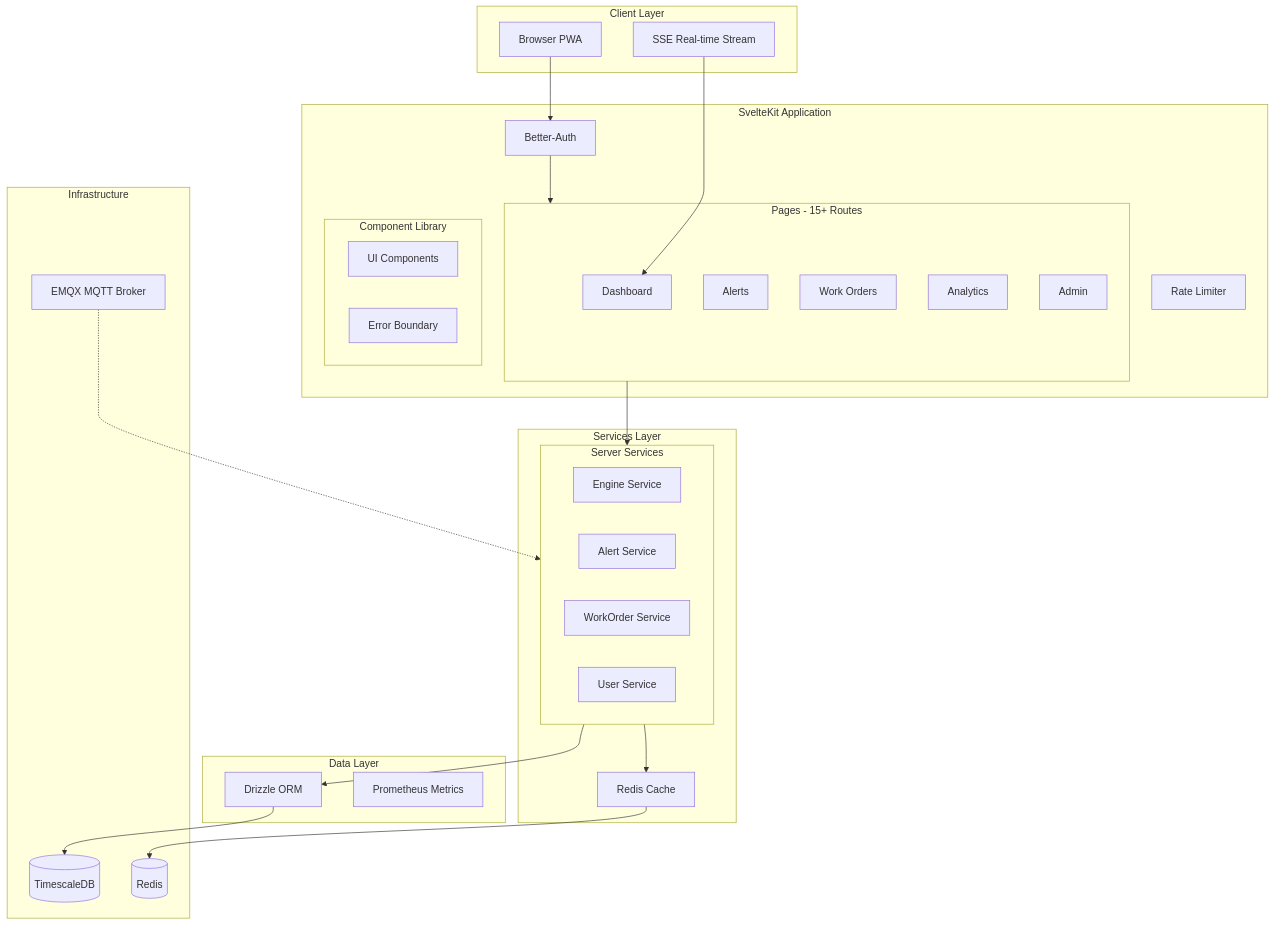
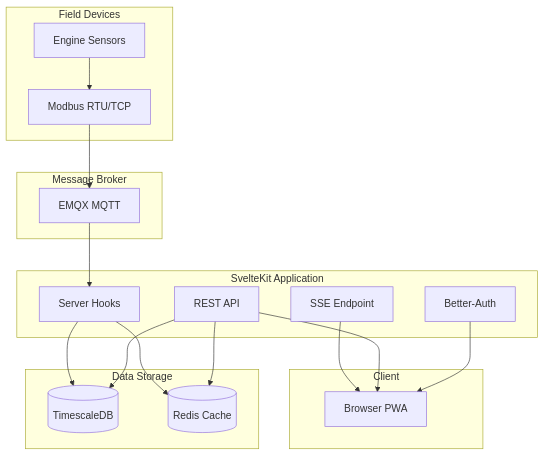
Before and after one commit to FrankFMY/EnergyGuard-Prototype: the diagram in README.md, drawn with Mermaid. The commit also changed other lines of this file and 37 other files, not shown here.

````diff
--- a/README.md
+++ b/README.md
@@ -95,57 +126,38 @@
 ```mermaid
 flowchart TB
-    subgraph client [Client Layer]
-        Browser[Browser PWA]
-        SSE[SSE Real-time Stream]
+    subgraph devices [Field Devices]
+        Modbus[Modbus RTU/TCP]
+        Sensors[Engine Sensors]
+    end
+
+    subgraph broker [Message Broker]
+        EMQX[EMQX MQTT]
     end
 
     subgraph app [SvelteKit Application]
+        Hooks[Server Hooks]
+        SSE[SSE Endpoint]
+        API[REST API]
         Auth[Better-Auth]
-        RateLimit[Rate Limiter]
-
-        subgraph pages [Pages - 15+ Routes]
-            Dashboard[Dashboard]
-            Alerts[Alerts]
-            WorkOrders[Work Orders]
-            Analytics[Analytics]
-            Admin[Admin]
-        end
-
-        subgraph components [Component Library]
-            UIComponents[UI Components]
-            ErrorBoundary[Error Boundary]
-        end
     end
 
-    subgraph services [Services Layer]
-        Cache[Redis Cache]
-
-        subgraph backend [Server Services]
-            EngineSvc[Engine Service]
-            AlertSvc[Alert Service]
-            WorkOrderSvc[WorkOrder Service]
-            UserSvc[User Service]
-        end
+    subgraph storage [Data Storage]
+        TimescaleDB[(TimescaleDB)]
+        Redis[(Redis Cache)]
     end
 
-    subgraph data [Data Layer]
-        Drizzle[Drizzle ORM]
-        Metrics[Prometheus Metrics]
+    subgraph client [Client]
+        Browser[Browser PWA]
     end
 
-    subgraph infra [Infrastructure]
-        TimescaleDB[(TimescaleDB)]
-        Redis[(Redis)]
-        EMQX[EMQX MQTT Broker]
-    end
-
-    Browser --> Auth
-    Auth --> pages
-    SSE --> Dashboard
-    pages --> backend
-    backend --> Cache
-    backend --> Drizzle
-    Drizzle --> TimescaleDB
-    Cache --> Redis
-    EMQX -.-> backend
+    Sensors --> Modbus
+    Modbus --> EMQX
+    EMQX --> Hooks
+    Hooks --> TimescaleDB
+    Hooks --> Redis
+    API --> TimescaleDB
+    API --> Redis
+    SSE --> Browser
+    API --> Browser
+    Auth --> Browser
 ```
````
